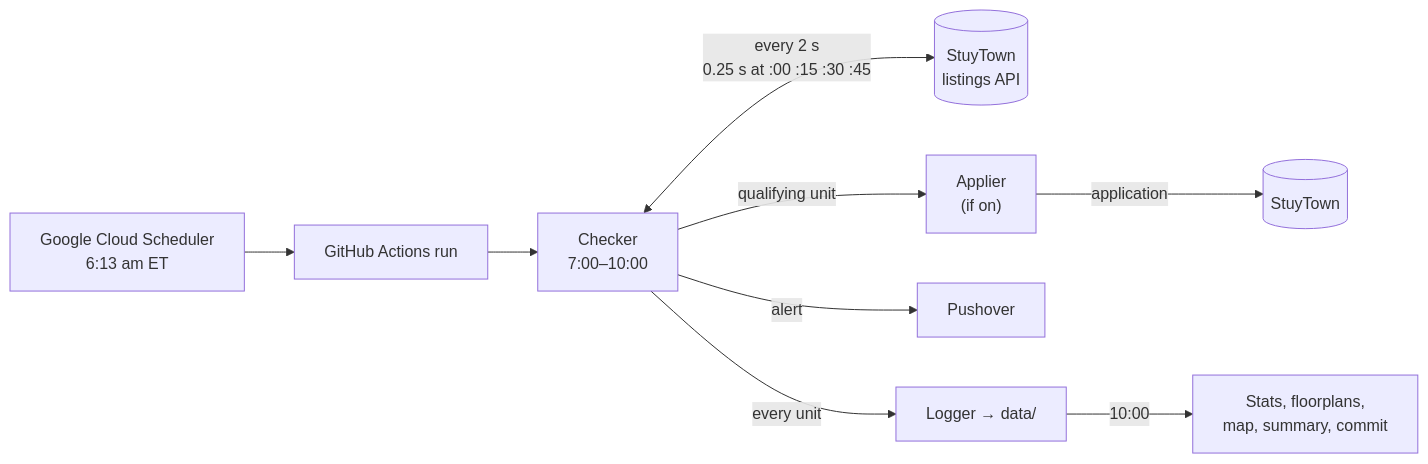
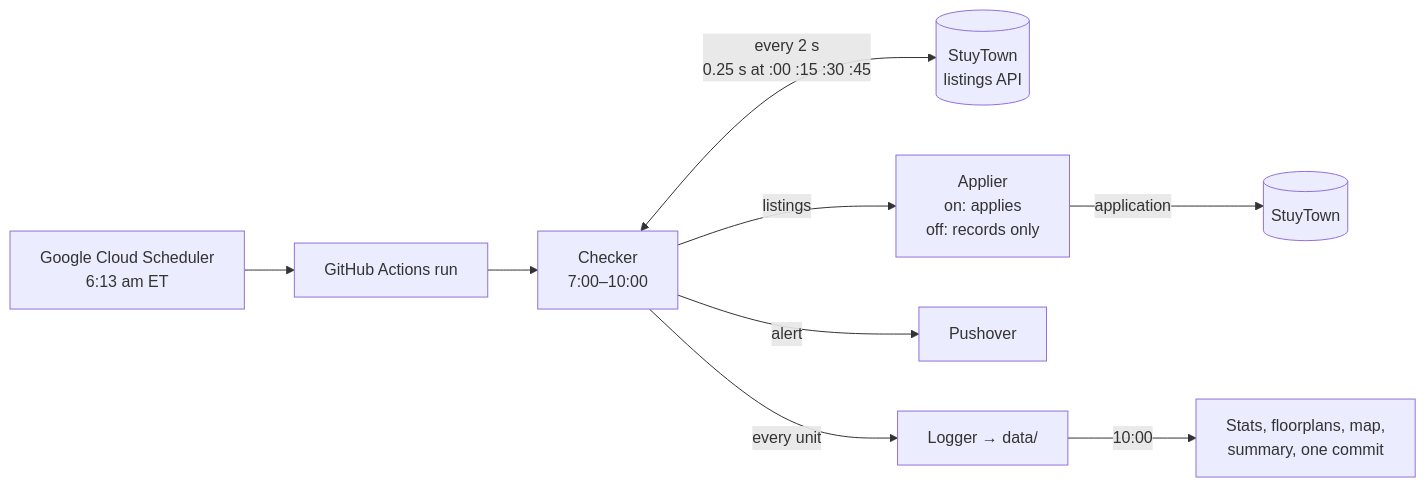
Before and after one commit to cshoffmann/stuytown-affordable-housing-watcher: the diagram in README.md, drawn with Mermaid. The commit also changed other lines of this file and 6 other files, not shown here.

First line of the commit message:
Auto-apply off = recording only; one commit a day

````diff
--- a/README.md
+++ b/README.md
@@ -10,11 +10,11 @@
 ```mermaid
 flowchart LR
     S["Google Cloud Scheduler<br/>6:13 am ET"] --> R["GitHub Actions run"]
     R --> C["Checker<br/>7:00–10:00"]
     C <-->|"every 2 s<br/>0.25 s at :00 :15 :30 :45"| API[("StuyTown<br/>listings API")]
-    C -->|"qualifying unit"| A["Applier<br/>(if on)"]
+    C -->|"listings"| A["Applier<br/>on: applies<br/>off: records only"]
     A -->|"application"| ST[("StuyTown")]
     C -->|"alert"| P["Pushover"]
     C -->|"every unit"| L["Logger → data/"]
-    L -->|"10:00"| W["Stats, floorplans,<br/>map, summary, commit"]
+    L -->|"10:00"| W["Stats, floorplans, map,<br/>summary, one commit"]
 ```
````
